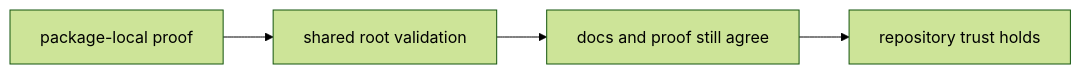
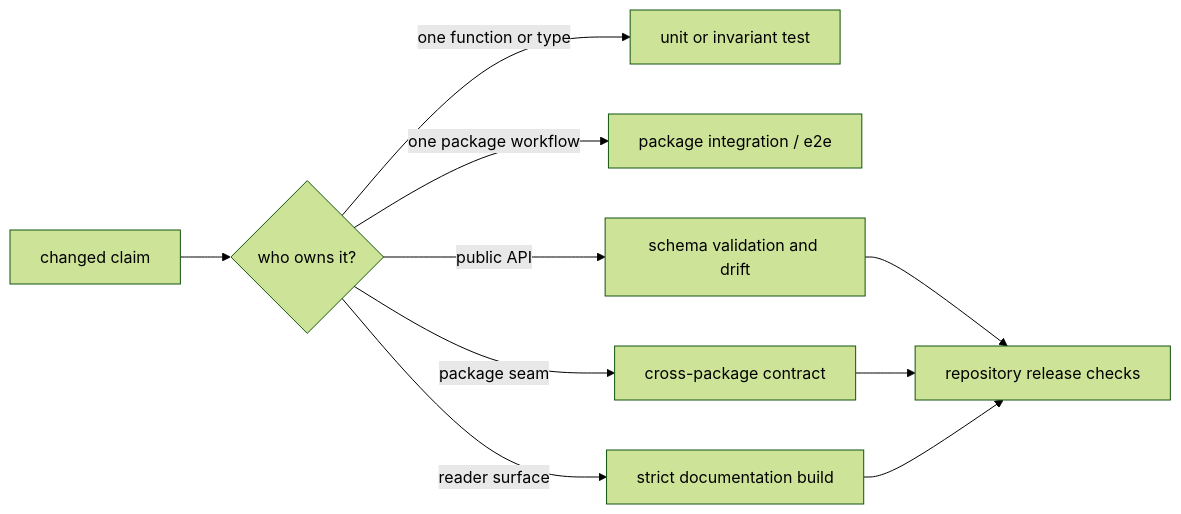
The diagram in docs/01-bijux-canon/operations/testing-and-validation.md (bijux/bijux-canon), drawn with Mermaid (forest theme) before and after one commit. The commit also changed other lines of this file and 2 other files, not shown here.

Commit message:
docs(repository): clarify package ownership and proof

````diff
--- a/docs/01-bijux-canon/operations/testing-and-validation.md
+++ b/docs/01-bijux-canon/operations/testing-and-validation.md
@@ -18,9 +18,12 @@
 ```mermaid
 flowchart LR
-    local["package-local proof"]
-    shared["shared root validation"]
-    alignment["docs and proof still agree"]
-    trust["repository trust holds"]
-
-    local --> shared --> alignment --> trust
+    claim["changed claim"] --> owner{"who owns it?"}
+    owner -->|one function or type| unit["unit or invariant test"]
+    owner -->|one package workflow| integration["package integration / e2e"]
+    owner -->|public API| api["schema validation and drift"]
+    owner -->|package seam| contract["cross-package contract"]
+    owner -->|reader surface| docs["strict documentation build"]
+    api --> release["repository release checks"]
+    contract --> release
+    docs --> release
 ```
````
